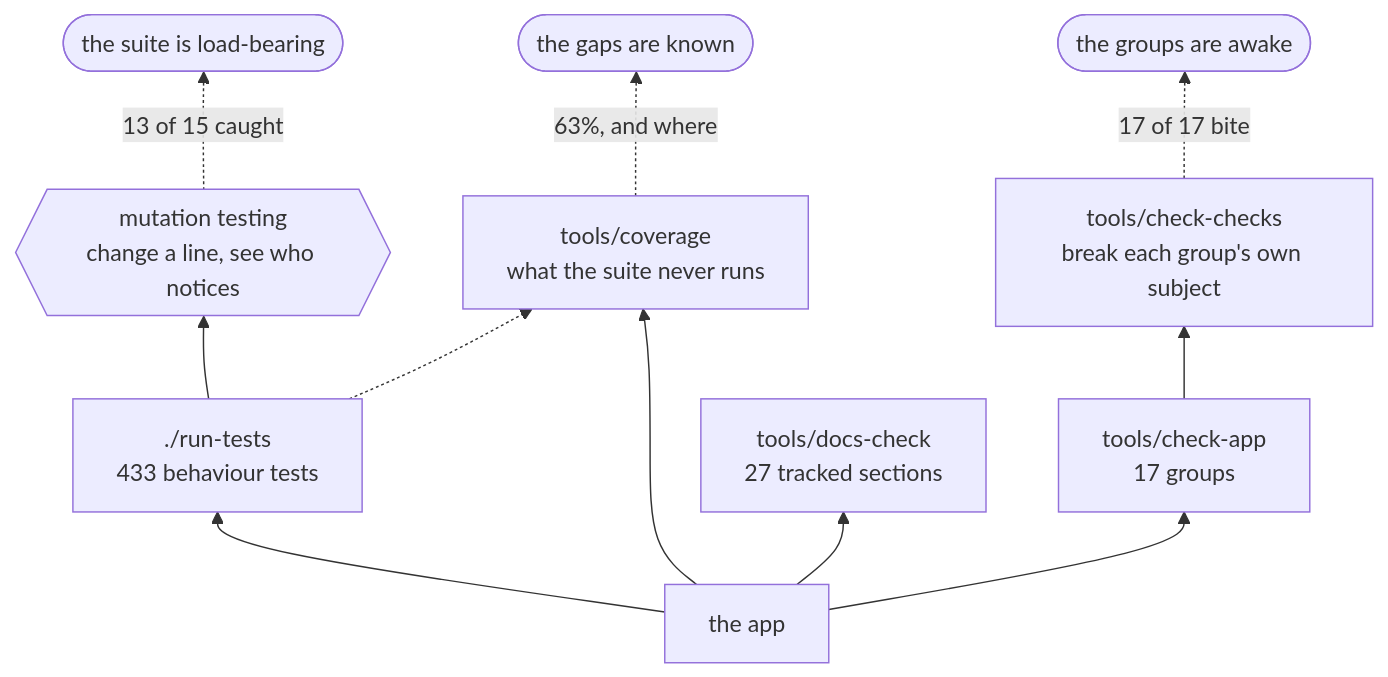
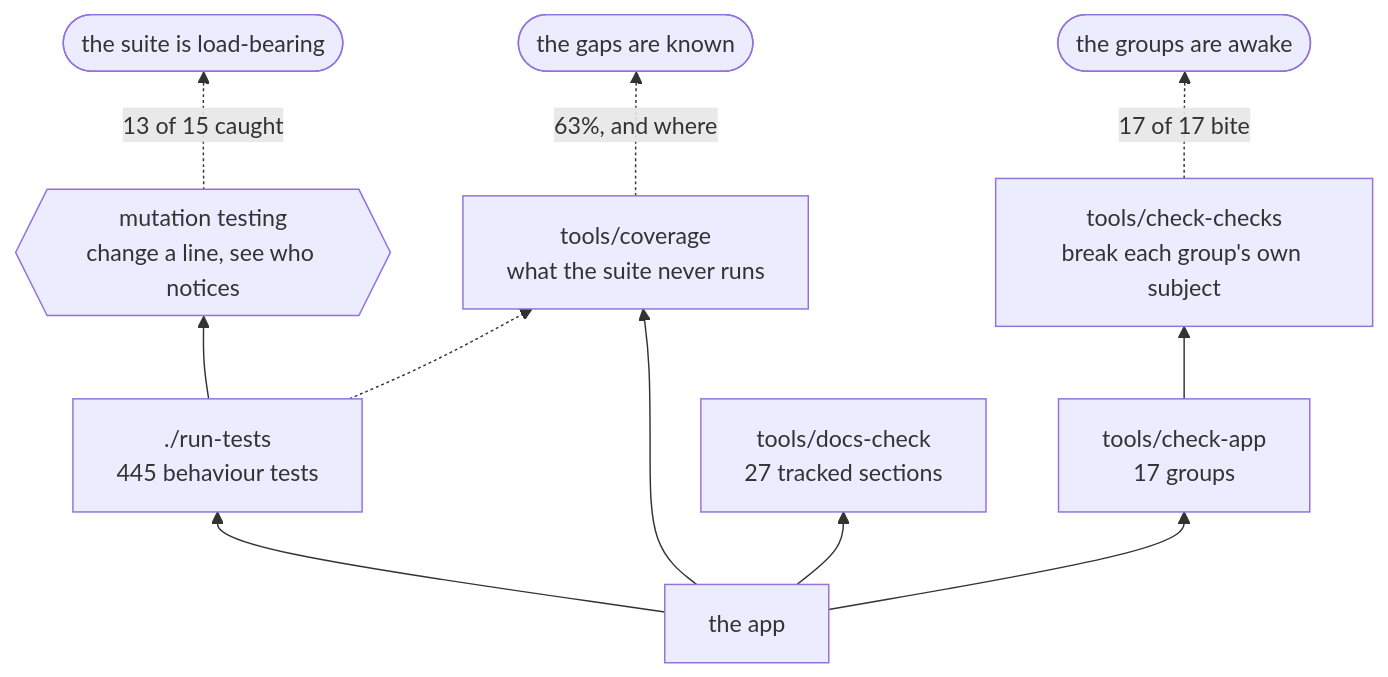
One commit to minormending/crystal-pilot-mobile changed the second of 2 diagrams in docs/DEVELOPING.md. Above: the diagram before and after it, drawn with Mermaid. The commit also changed 4 other files, not shown here.

````diff
--- a/docs/DEVELOPING.md
+++ b/docs/DEVELOPING.md
@@ -118,13 +118,13 @@
 ```mermaid
 flowchart BT
-    C["the app"] --> T["./run-tests<br/>433 behaviour tests"]
+    C["the app"] --> T["./run-tests<br/>445 behaviour tests"]
     C --> A["tools/check-app<br/>17 groups"]
     C --> D["tools/docs-check<br/>27 tracked sections"]
     C --> V["tools/coverage<br/>what the suite never runs"]
     T --> M{{"mutation testing<br/>change a line, see who notices"}}
     A --> K["tools/check-checks<br/>break each group's own subject"]
     T -.-> V
     M -.->|"13 of 15 caught"| R(["the suite is load-bearing"])
     K -.->|"17 of 17 bite"| R2(["the groups are awake"])
     V -.->|"63%, and where"| R3(["the gaps are known"])
 ```
````
